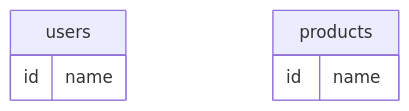
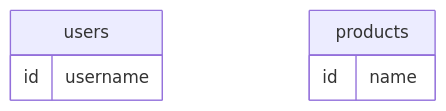
The diagram in docs/erd.md (jung173/newpractice), drawn with Mermaid before and after one commit.

Commit message:
Update ER diagram

````diff
--- a/docs/erd.md
+++ b/docs/erd.md
@@ -1,13 +1,13 @@
 ```mermaid
 erDiagram
 
 users {
     id
-    name
+    username
 }
 
 products {
     id
     name
 }
 ```
````
